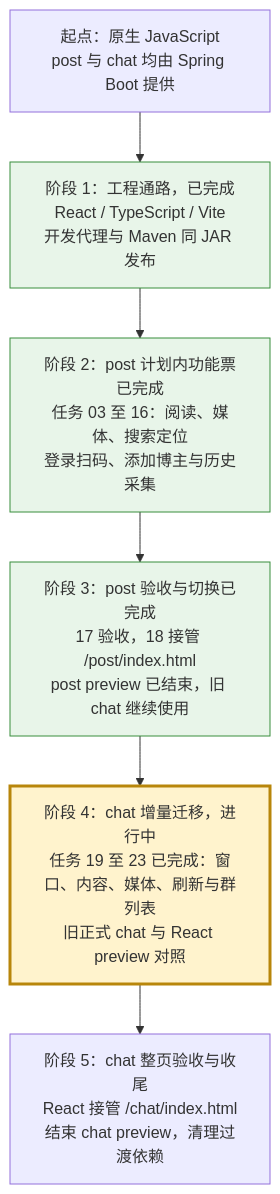
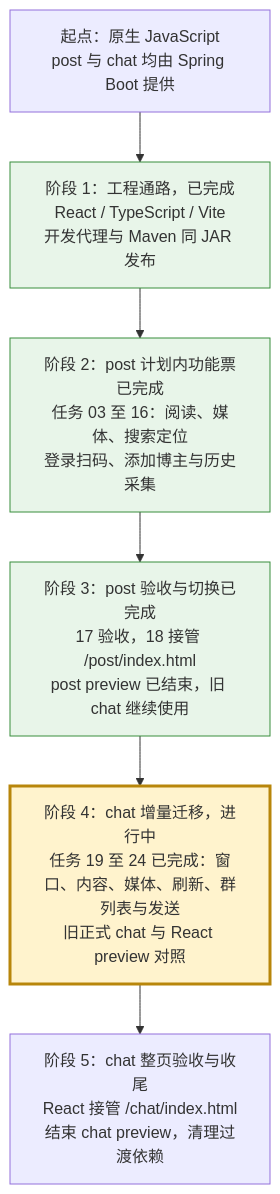
One commit to findxyz/vb-weibo-plus changed the diagram in .scratch/react-migration/PLAN.md. Above: the diagram before and after it, drawn with Mermaid. The commit also changed other lines of this file and 11 other files, not shown here.

````diff
--- a/.scratch/react-migration/PLAN.md
+++ b/.scratch/react-migration/PLAN.md
@@ -17,14 +17,14 @@
 ```mermaid
 flowchart TD
     A["起点：原生 JavaScript<br/>post 与 chat 均由 Spring Boot 提供"]
     B["阶段 1：工程通路，已完成<br/>React / TypeScript / Vite<br/>开发代理与 Maven 同 JAR 发布"]
     C["阶段 2：post 计划内功能票已完成<br/>任务 03 至 16：阅读、媒体、搜索定位<br/>登录扫码、添加博主与历史采集"]
     D["阶段 3：post 验收与切换已完成<br/>17 验收，18 接管 /post/index.html<br/>post preview 已结束，旧 chat 继续使用"]
-    E["阶段 4：chat 增量迁移，进行中<br/>任务 19 至 23 已完成：窗口、内容、媒体、刷新与群列表<br/>旧正式 chat 与 React preview 对照"]
+    E["阶段 4：chat 增量迁移，进行中<br/>任务 19 至 24 已完成：窗口、内容、媒体、刷新、群列表与发送<br/>旧正式 chat 与 React preview 对照"]
     F["阶段 5：chat 整页验收与收尾<br/>React 接管 /chat/index.html<br/>结束 chat preview，清理过渡依赖"]
     A --> B --> C --> D --> E --> F
     classDef complete fill:#e8f5e9,stroke:#388e3c
     classDef current fill:#fff3cd,stroke:#b8860b,stroke-width:3px
     class B,C,D complete
     class E current
 ```
````
